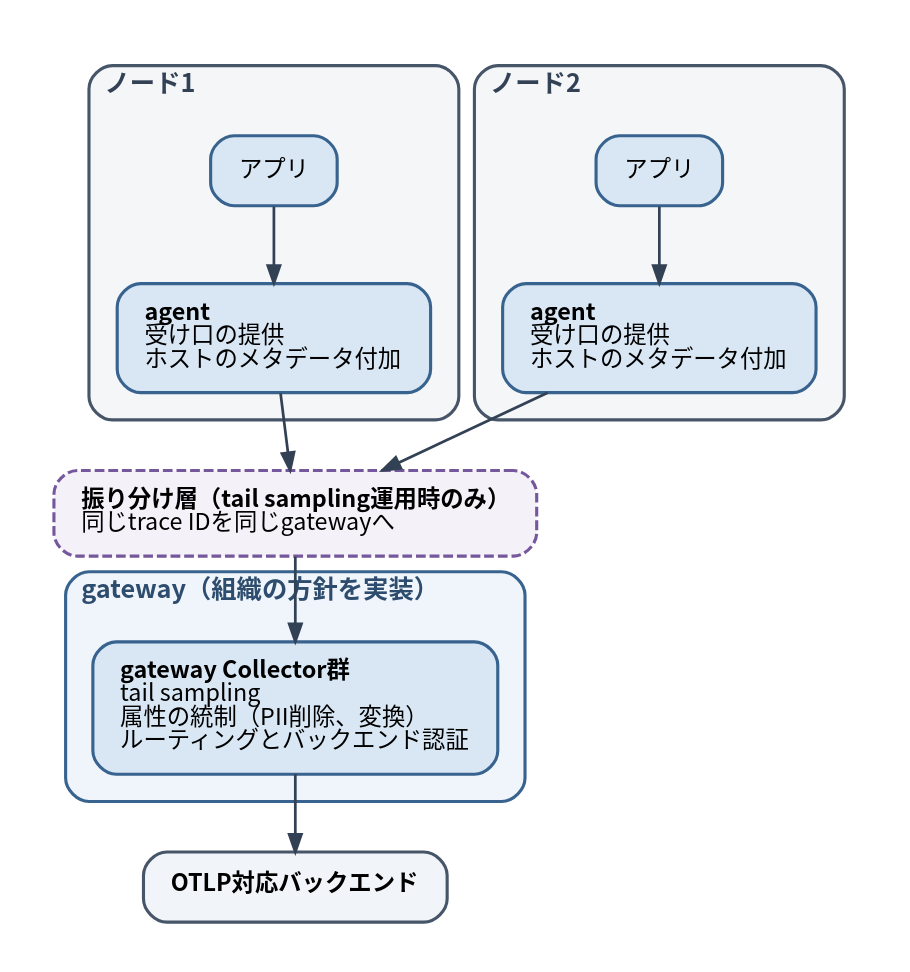
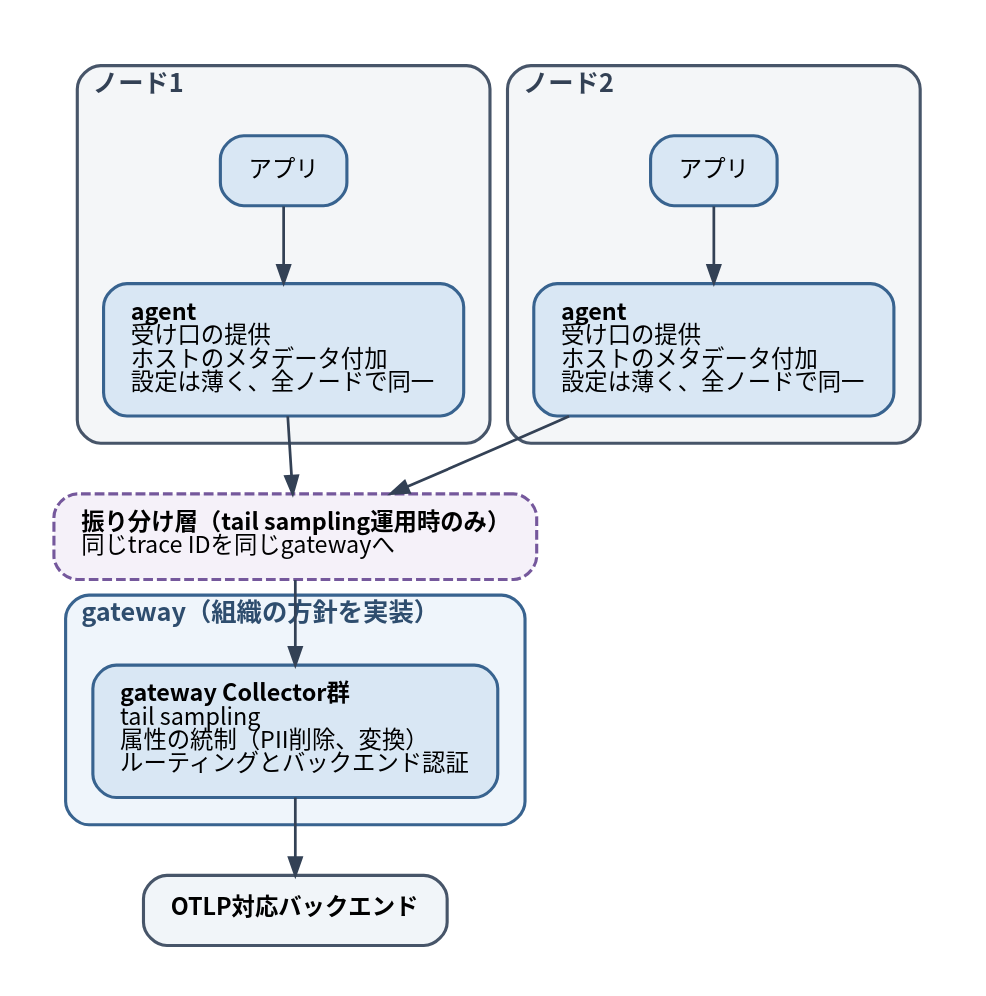
One commit to ymotongpoo/zenn.dev changed the diagram in diagrams/observability-platform-with-otel/20260926-agent-gateway.dot. Above: the diagram before and after it, drawn with Graphviz. The commit also changed 4 other files, not shown here.

```diff
--- a/diagrams/observability-platform-with-otel/20260926-agent-gateway.dot
+++ b/diagrams/observability-platform-with-otel/20260926-agent-gateway.dot
@@ -1,56 +1,56 @@
 // agentとgatewayの2段トポロジー
 digraph agent_gateway {
   graph [
     fontname="Harano Aji Gothic,Noto Sans CJK JP,IPAGothic", fontsize=13,
     rankdir=TB, compound=true, splines=true,
     nodesep=0.5, ranksep=0.55, pad=0.25,
     bgcolor="white", newrank=true
   ];
   node [
     fontname="Harano Aji Gothic,Noto Sans CJK JP,IPAGothic", fontsize=12,
     shape=box, style="rounded,filled",
     fillcolor="#F1F5F9", color="#475569", penwidth=1.6,
     margin="0.2,0.14"
   ];
   edge [
     fontname="Harano Aji Gothic,Noto Sans CJK JP,IPAGothic", fontsize=11,
     color="#334155", penwidth=1.4, arrowsize=0.9,
     fontcolor="#1E293B"
   ];
 
   subgraph cluster_node1 {
     label=<<b>ノード1</b>>;
     labeljust="l"; style="rounded"; penwidth=1.6;
     color="#475569"; bgcolor="#F4F6F8"; fontcolor="#334155"; margin=14;
     app1 [label="アプリ", fillcolor="#D9E7F4", color="#38638F"];
-    agent1 [label=<<b>agent</b><br align="left"/>受け口の提供<br align="left"/>ホストのメタデータ付加<br align="left"/>>, fillcolor="#D9E7F4", color="#38638F"];
+    agent1 [label=<<b>agent</b><br align="left"/>受け口の提供<br align="left"/>ホストのメタデータ付加<br align="left"/>設定は薄く、全ノードで同一<br align="left"/>>, fillcolor="#D9E7F4", color="#38638F"];
     app1 -> agent1;
   }
 
   // agentの役割は全ノードで同一。図の2箱は同じものを表す
 
   subgraph cluster_node2 {
     label=<<b>ノード2</b>>;
     labeljust="l"; style="rounded"; penwidth=1.6;
     color="#475569"; bgcolor="#F4F6F8"; fontcolor="#334155"; margin=14;
     app2 [label="アプリ", fillcolor="#D9E7F4", color="#38638F"];
-    agent2 [label=<<b>agent</b><br align="left"/>受け口の提供<br align="left"/>ホストのメタデータ付加<br align="left"/>>, fillcolor="#D9E7F4", color="#38638F"];
+    agent2 [label=<<b>agent</b><br align="left"/>受け口の提供<br align="left"/>ホストのメタデータ付加<br align="left"/>設定は薄く、全ノードで同一<br align="left"/>>, fillcolor="#D9E7F4", color="#38638F"];
     app2 -> agent2;
   }
 
   lb [label=<<b>振り分け層（tail sampling運用時のみ）</b><br align="left"/>同じtrace IDを同じgatewayへ<br align="left"/>>, fillcolor="#F5F1F9", color="#75589C", style="rounded,filled,dashed"];
 
   subgraph cluster_gateway {
     label=<<b>gateway（組織の方針を実装）</b>>;
     labeljust="l"; style="rounded"; penwidth=1.6;
     color="#38638F"; bgcolor="#EFF5FB"; fontcolor="#2E4D6E"; margin=14;
     gw [label=<<b>gateway Collector群</b><br align="left"/>tail sampling<br align="left"/>属性の統制（PII削除、変換）<br align="left"/>ルーティングとバックエンド認証<br align="left"/>>, fillcolor="#D9E7F4", color="#38638F"];
   }
 
   backend [label=<<b>OTLP対応バックエンド</b>>];
 
   agent1 -> lb;
   agent2 -> lb;
   lb -> gw;
   gw -> backend;
 }
```
